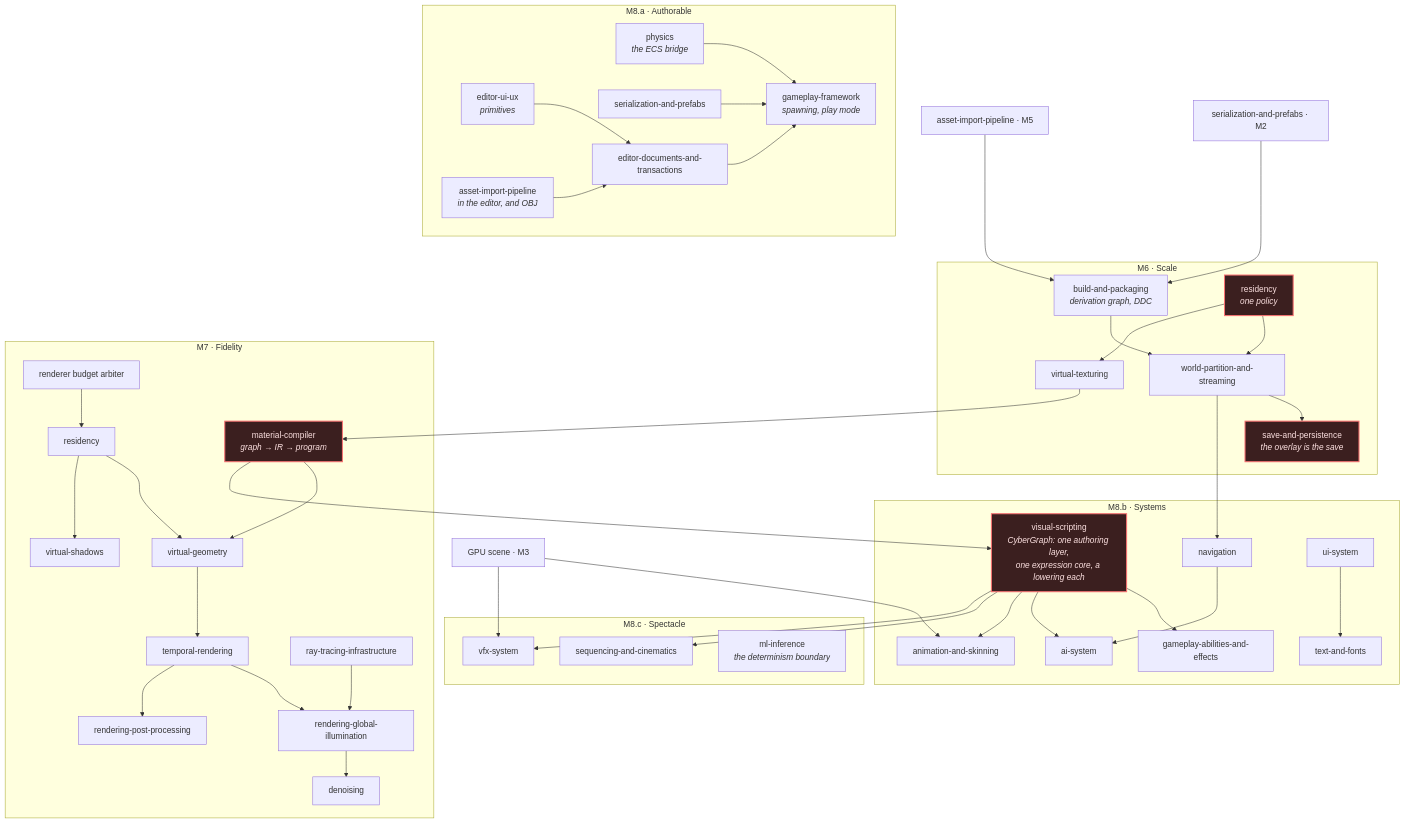
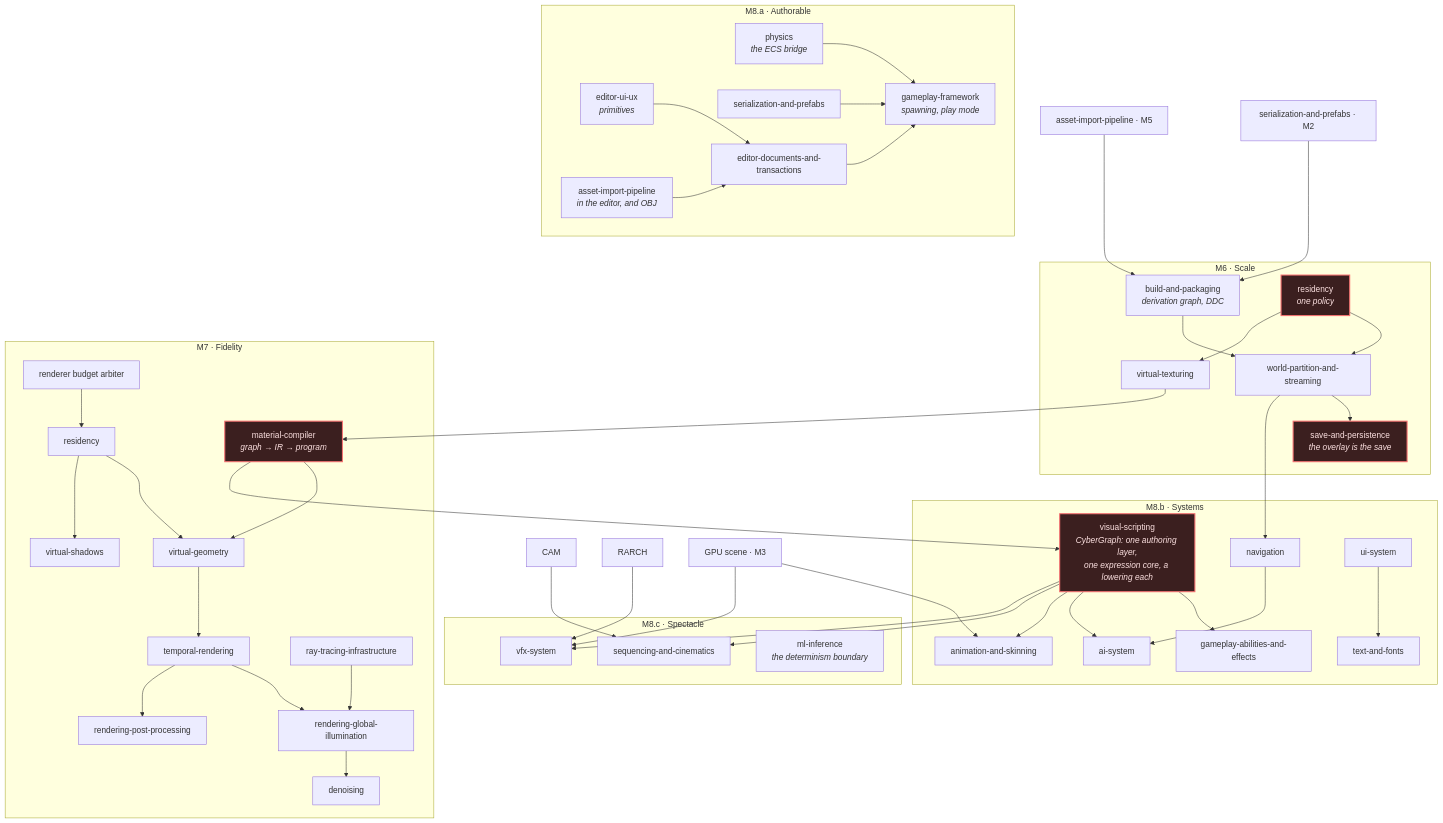
One commit to CyberdyneCorp/CyberdyneEngine changed the third of 4 diagrams in docs/roadmap/dependencies.md. Above: the diagram before and after it, drawn with Mermaid. The commit also changed other lines of this file and 198 other files, not shown here.

````diff
--- a/docs/roadmap/dependencies.md
+++ b/docs/roadmap/dependencies.md
@@ -126,57 +126,59 @@
 ```mermaid
 flowchart TB
     subgraph M6["M6 · Scale"]
         BP["build-and-packaging<br/><i>derivation graph, DDC</i>"] --> WP["world-partition-and-streaming"]
         RES["residency<br/><i>one policy</i>"] --> WP
         RES --> VT["virtual-texturing"]
         WP --> SAVE["save-and-persistence<br/><i>the overlay is the save</i>"]
     end
 
     subgraph M7["M7 · Fidelity"]
         MC["material-compiler<br/><i>graph → IR → program</i>"] --> VG["virtual-geometry"]
         RES2["residency"] --> VG
         RES2 --> VSM["virtual-shadows"]
         VG --> TEMP["temporal-rendering"]
         TEMP --> GI["rendering-global-illumination"]
         GI --> DN["denoising"]
         RT["ray-tracing-infrastructure"] --> GI
         TEMP --> POST["rendering-post-processing"]
         ARB["renderer budget arbiter"]
     end
 
     subgraph M8A["M8.a · Authorable"]
         PRIM["editor-ui-ux<br/><i>primitives</i>"] --> AUTH["editor-documents-and-transactions"]
         IMPED["asset-import-pipeline<br/><i>in the editor, and OBJ</i>"] --> AUTH
         PHYSB["physics<br/><i>the ECS bridge</i>"] --> PLAY["gameplay-framework<br/><i>spawning, play mode</i>"]
         SERC["serialization-and-prefabs"] --> PLAY
         AUTH --> PLAY
     end
 
     subgraph M8B["M8.b · Systems"]
         VS["visual-scripting<br/><i>CyberGraph: one authoring layer,<br/>one expression core, a lowering each</i>"] --> ABIL["gameplay-abilities-and-effects"]
         VS --> AI["ai-system"]
         VS --> ANIM["animation-and-skinning"]
         NAV["navigation"] --> AI
         UI["ui-system"] --> TXT["text-and-fonts"]
     end
 
     subgraph M8C["M8.c · Spectacle"]
         SEQ["sequencing-and-cinematics"]
         VFX["vfx-system"]
         ML["ml-inference<br/><i>the determinism boundary</i>"]
     end
     VS --> SEQ
     VS --> VFX
+    CAM --> SEQ
+    RARCH --> VFX
 
     SER2["serialization-and-prefabs · M2"] --> BP
     IMP2["asset-import-pipeline · M5"] --> BP
     VT --> MC
     MC --> VS
     WP --> NAV
     ARB --> RES2
     GS["GPU scene · M3"] --> VFX
     GS --> ANIM
 
     classDef inv fill:#3b1f1f,stroke:#f87171,stroke-width:2px,color:#fee2e2
     class RES,MC,VS,SAVE inv
 ```
````
